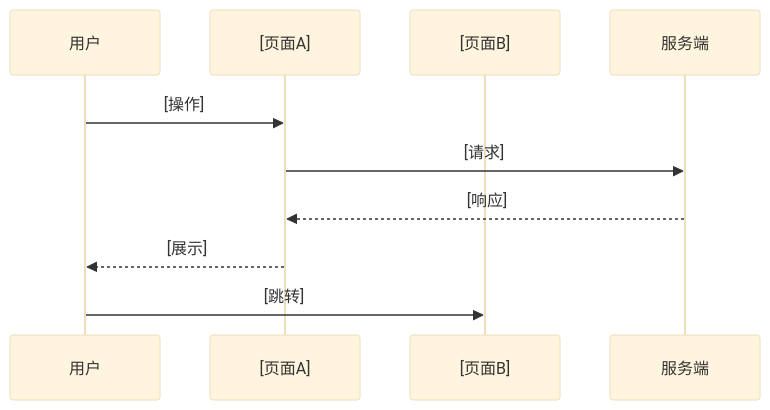
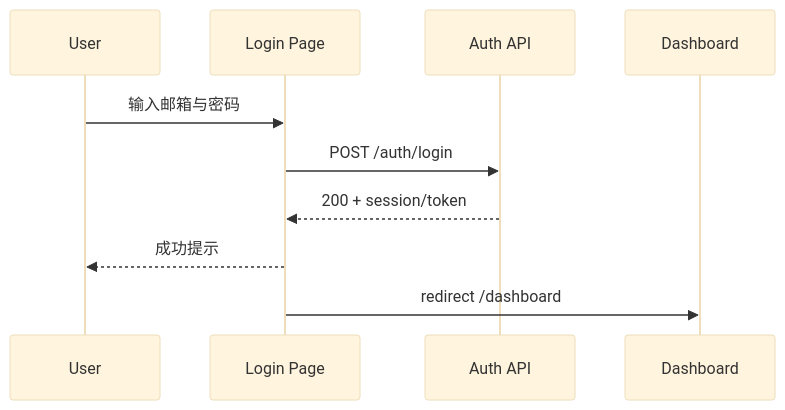
The second of 3 diagrams in .opencode/spec-templates/05-页面流程.md (tavisWei/omo-specflow), drawn with Mermaid (base theme) before and after one commit. The commit also changed other lines of this file and 2 other files, not shown here.

````diff
--- a/.opencode/spec-templates/05-页面流程.md
+++ b/.opencode/spec-templates/05-页面流程.md
@@ -93,13 +92,13 @@
 ```mermaid
 sequenceDiagram
-    participant U as 用户
-    participant A as [页面A]
-    participant B as [页面B]
-    participant S as 服务端
+    participant U as User
+    participant L as Login Page
+    participant A as Auth API
+    participant D as Dashboard
 
-    U->>A: [操作]
-    A->>S: [请求]
-    S-->>A: [响应]
-    A-->>U: [展示]
-    U->>B: [跳转]
+    U->>L: 输入邮箱与密码
+    L->>A: POST /auth/login
+    A-->>L: 200 + session/token
+    L-->>U: 成功提示
+    L->>D: redirect /dashboard
 ```
````
